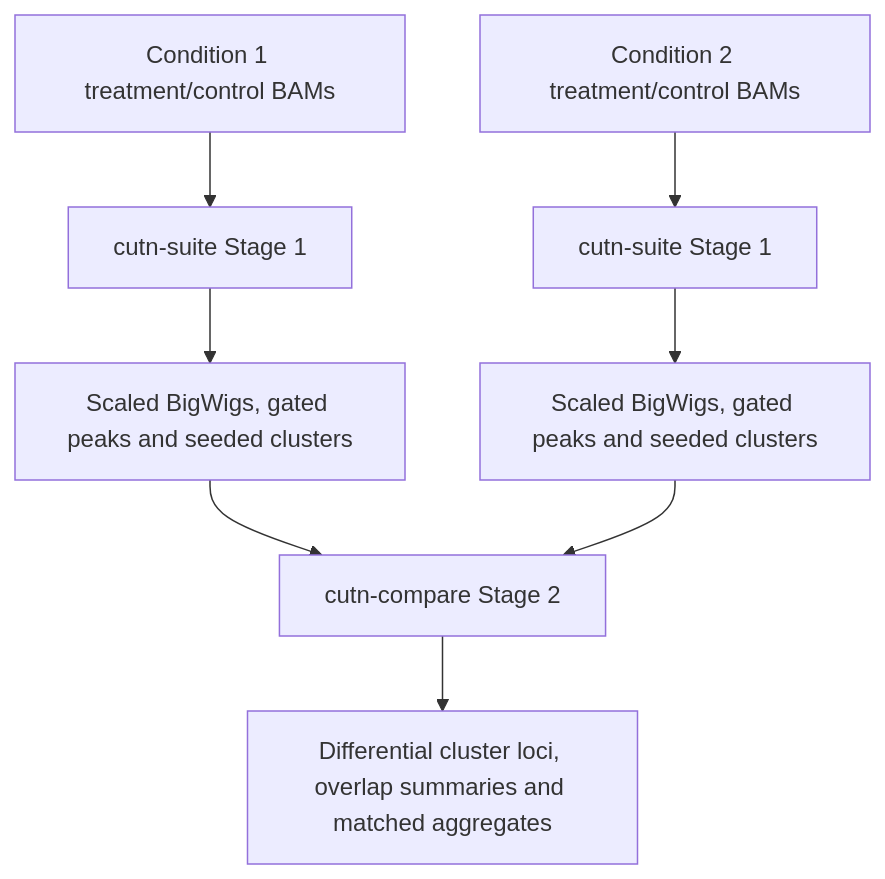
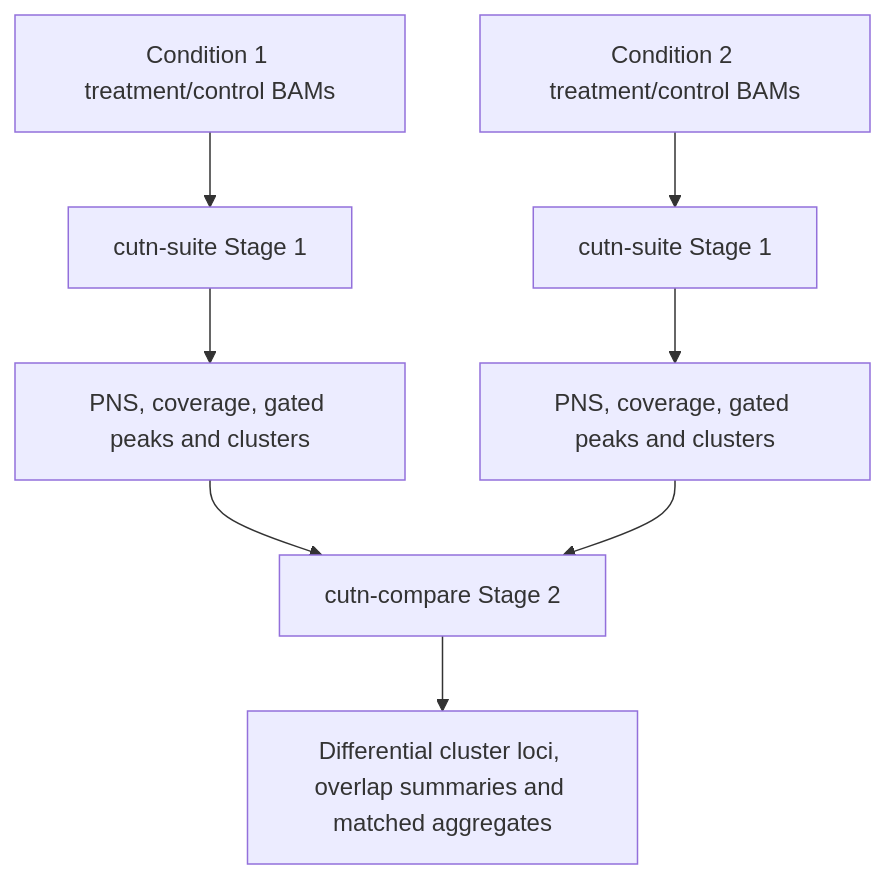
One commit to adjohnston85/NucleoSuite changed the fourth of 18 diagrams in docs/WORKFLOWS.md. Above: the diagram before and after it, drawn with Mermaid. The commit also changed other lines of this file and 84 other files, not shown here.

````diff
--- a/docs/WORKFLOWS.md
+++ b/docs/WORKFLOWS.md
@@ -92,10 +82,10 @@
 ```mermaid
 flowchart TB
     A[Condition 1 treatment/control BAMs] --> B[cutn-suite Stage 1]
-    B --> C[Scaled BigWigs, gated peaks and seeded clusters]
+    B --> C[PNS, coverage, gated peaks and clusters]
     D[Condition 2 treatment/control BAMs] --> E[cutn-suite Stage 1]
-    E --> F[Scaled BigWigs, gated peaks and seeded clusters]
+    E --> F[PNS, coverage, gated peaks and clusters]
     C --> G[cutn-compare Stage 2]
     F --> G
     G --> H[Differential cluster loci, overlap summaries and matched aggregates]
 ```
````
